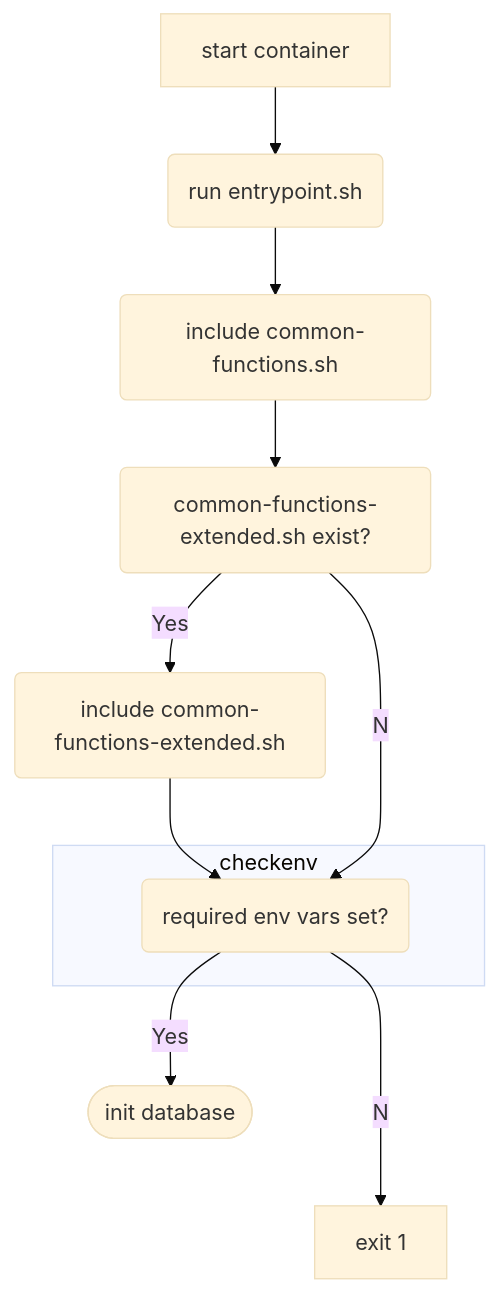
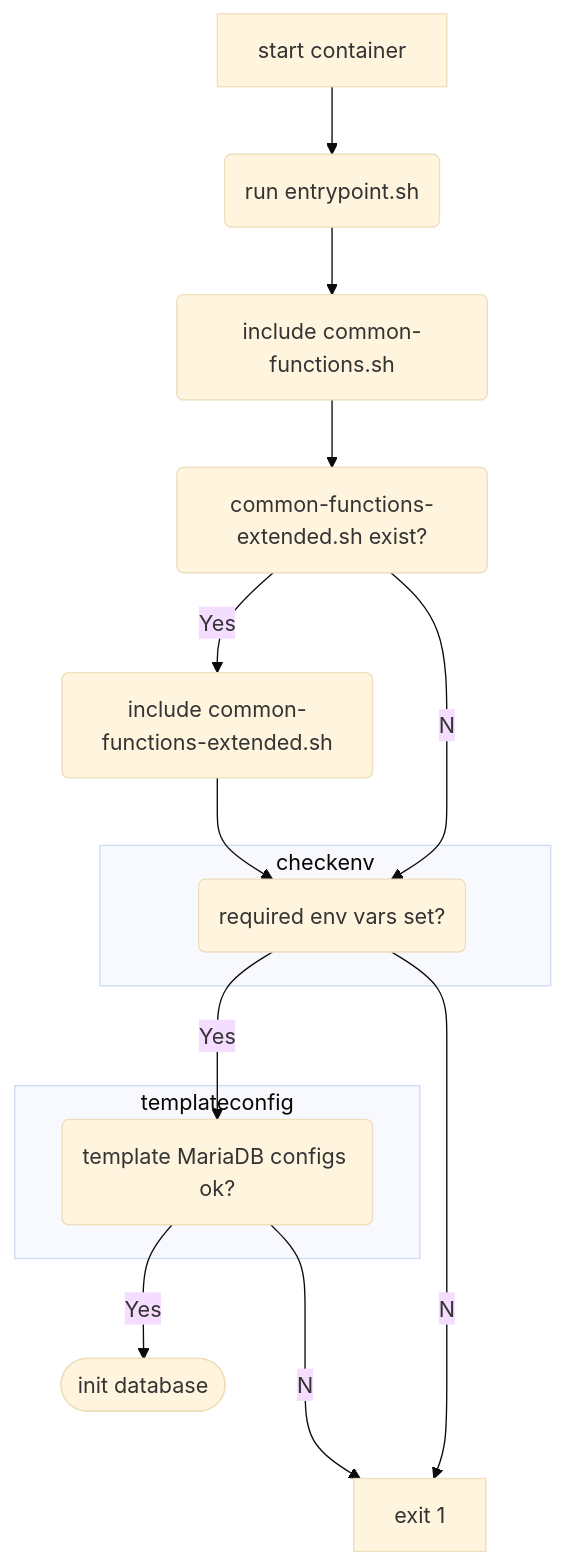
One commit to sapcc/helm-charts changed the first of 5 diagrams in common/mariadb-galera/README.md. Above: the diagram before and after it, drawn with Mermaid (base theme). The commit also changed other lines of this file and 15 other files, not shown here.

````diff
--- a/common/mariadb-galera/README.md
+++ b/common/mariadb-galera/README.md
@@ -77,15 +77,20 @@
 ```mermaid
 flowchart TB;
   id1[start container]-->id2(run entrypoint.sh)-->id3(include common-functions.sh)-->id4(common-functions-extended.sh exist?);
   id4--Yes-->id5(include common-functions-extended.sh)-->id6;
   id4--No-->id6;
   subgraph idsub1 [checkenv]
     id6(required env vars set?);
   end
-  id6--Yes-->id7([init database])
+  id6--Yes-->id7
+  subgraph idsub2 [templateconfig]
+    id7(template MariaDB configs ok?);
+  end
+  id7--Yes-->id8([init database])
   id6--No-->id666[exit 1];
+  id7--No-->id666[exit 1];
 
 click id2 href "businessbean/helm-charts/blob/master/common/mariadb-galera/mariadb-galera/bin/entrypoint.sh" "Open this in a new tab" _blank;
 click id3 href "businessbean/helm-charts/blob/master/common/mariadb-galera/docker/mariadb-galera/bin/common-functions.sh" "Open this in a new tab" _blank;
 click id4 href "businessbean/helm-charts/blob/master/common/mariadb-galera/helm/scripts/common-functions-extended.sh" "Open this in a new tab" _blank;
 ```
````
